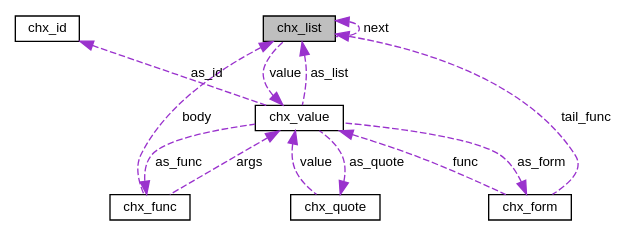
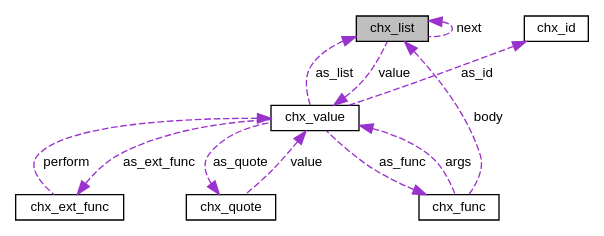
Before and after one commit to antonijn/cheax: the diagram in structchx__list__coll__graph.dot, drawn with Graphviz. The commit also changed 150 other files, not shown here.

```diff
--- a/structchx__list__coll__graph.dot
+++ b/structchx__list__coll__graph.dot
@@ -1,24 +1,23 @@
 digraph "chx_list"
 {
  // LATEX_PDF_SIZE
   edge [fontname="Helvetica",fontsize="10",labelfontname="Helvetica",labelfontsize="10"];
   node [fontname="Helvetica",fontsize="10",shape=record];
   Node1 [label="chx_list",height=0.2,width=0.4,color="black", fillcolor="grey75", style="filled", fontcolor="black",tooltip="List type."];
   Node1 -> Node1 [dir="back",color="darkorchid3",fontsize="10",style="dashed",label=" next" ,fontname="Helvetica"];
   Node2 -> Node1 [dir="back",color="darkorchid3",fontsize="10",style="dashed",label=" value" ,fontname="Helvetica"];
   Node2 [label="chx_value",height=0.2,width=0.4,color="black", fillcolor="white", style="filled",URL="$structchx__value.html",tooltip="Represents a value in the cheax environment."];
   Node3 -> Node2 [dir="back",color="darkorchid3",fontsize="10",style="dashed",label=" as_quote" ,fontname="Helvetica"];
   Node3 [label="chx_quote",height=0.2,width=0.4,color="black", fillcolor="white", style="filled",URL="$structchx__quote.html",tooltip="Quoted value type."];
   Node2 -> Node3 [dir="back",color="darkorchid3",fontsize="10",style="dashed",label=" value" ,fontname="Helvetica"];
-  Node4 -> Node2 [dir="back",color="darkorchid3",fontsize="10",style="dashed",label=" as_form" ,fontname="Helvetica"];
-  Node4 [label="chx_form",height=0.2,width=0.4,color="black", fillcolor="white", style="filled",URL="$structchx__form.html",tooltip="Cheax external/user function expression."];
-  Node1 -> Node4 [dir="back",color="darkorchid3",fontsize="10",style="dashed",label=" tail_func" ,fontname="Helvetica"];
-  Node2 -> Node4 [dir="back",color="darkorchid3",fontsize="10",style="dashed",label=" func" ,fontname="Helvetica"];
+  Node4 -> Node2 [dir="back",color="darkorchid3",fontsize="10",style="dashed",label=" as_ext_func" ,fontname="Helvetica"];
+  Node4 [label="chx_ext_func",height=0.2,width=0.4,color="black", fillcolor="white", style="filled",URL="$structchx__ext__func.html",tooltip="Cheax external/user function expression."];
+  Node2 -> Node4 [dir="back",color="darkorchid3",fontsize="10",style="dashed",label=" perform" ,fontname="Helvetica"];
   Node5 -> Node2 [dir="back",color="darkorchid3",fontsize="10",style="dashed",label=" as_id" ,fontname="Helvetica"];
   Node5 [label="chx_id",height=0.2,width=0.4,color="black", fillcolor="white", style="filled",URL="$structchx__id.html",tooltip="Identifier type."];
   Node1 -> Node2 [dir="back",color="darkorchid3",fontsize="10",style="dashed",label=" as_list" ,fontname="Helvetica"];
   Node6 -> Node2 [dir="back",color="darkorchid3",fontsize="10",style="dashed",label=" as_func" ,fontname="Helvetica"];
   Node6 [label="chx_func",height=0.2,width=0.4,color="black", fillcolor="white", style="filled",URL="$structchx__func.html",tooltip="Function or macro type."];
   Node1 -> Node6 [dir="back",color="darkorchid3",fontsize="10",style="dashed",label=" body" ,fontname="Helvetica"];
   Node2 -> Node6 [dir="back",color="darkorchid3",fontsize="10",style="dashed",label=" args" ,fontname="Helvetica"];
 }
```
